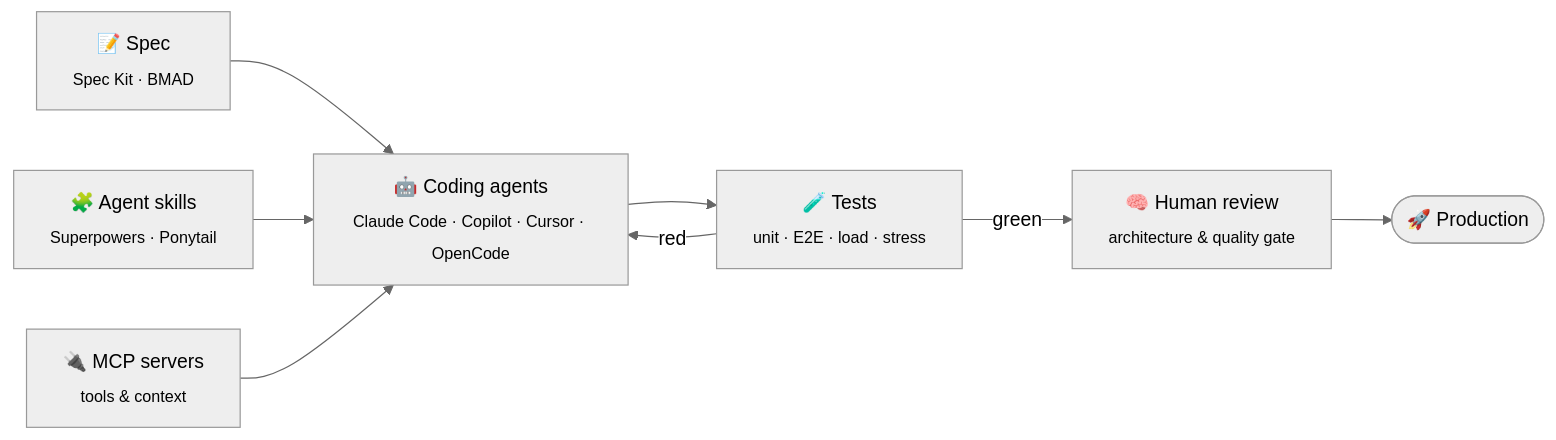
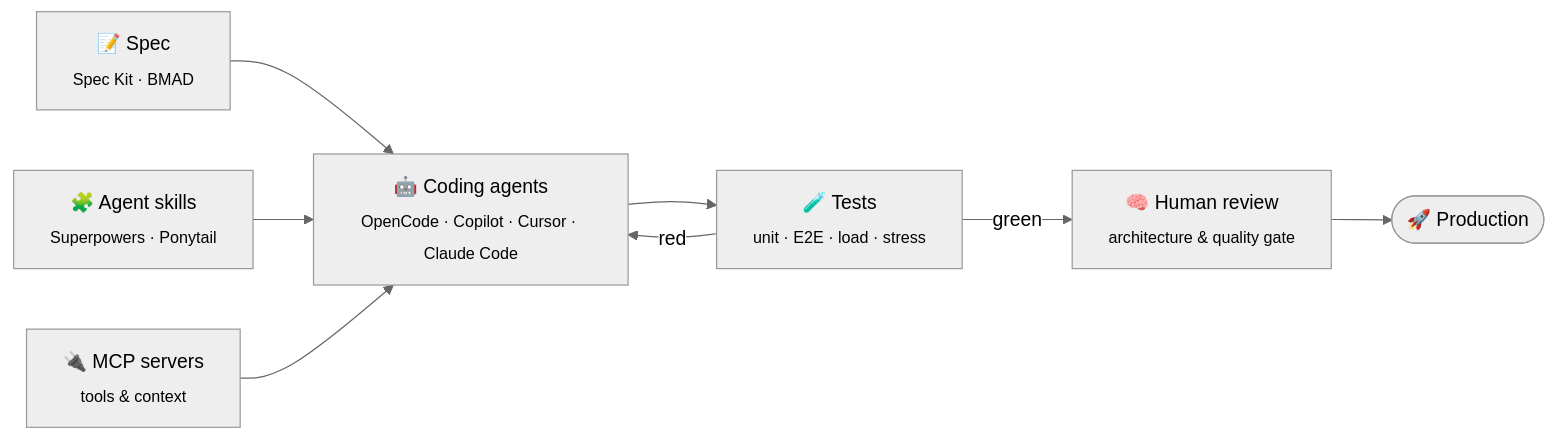
One commit to davideferrari/davideferrari changed the diagram in README.md. Above: the diagram before and after it, drawn with Mermaid (neutral theme). The commit also changed other lines of this file, not shown here.

````diff
--- a/README.md
+++ b/README.md
@@ -44,10 +45,10 @@
 ```mermaid
 flowchart LR
-    S["📝 Spec<br/><sub>Spec Kit · BMAD</sub>"] --> A["🤖 Coding agents<br/><sub>Claude Code · Copilot · Cursor · OpenCode</sub>"]
+    S["📝 Spec<br/><sub>Spec Kit · BMAD</sub>"] --> A["🤖 Coding agents<br/><sub>OpenCode · Copilot · Cursor · Claude Code</sub>"]
     K["🧩 Agent skills<br/><sub>Superpowers · Ponytail</sub>"] --> A
     M["🔌 MCP servers<br/><sub>tools & context</sub>"] --> A
     A --> T["🧪 Tests<br/><sub>unit · E2E · load · stress</sub>"]
     T -->|red| A
     T -->|green| R["🧠 Human review<br/><sub>architecture & quality gate</sub>"]
     R --> P(["🚀 Production"])
 ```
````
